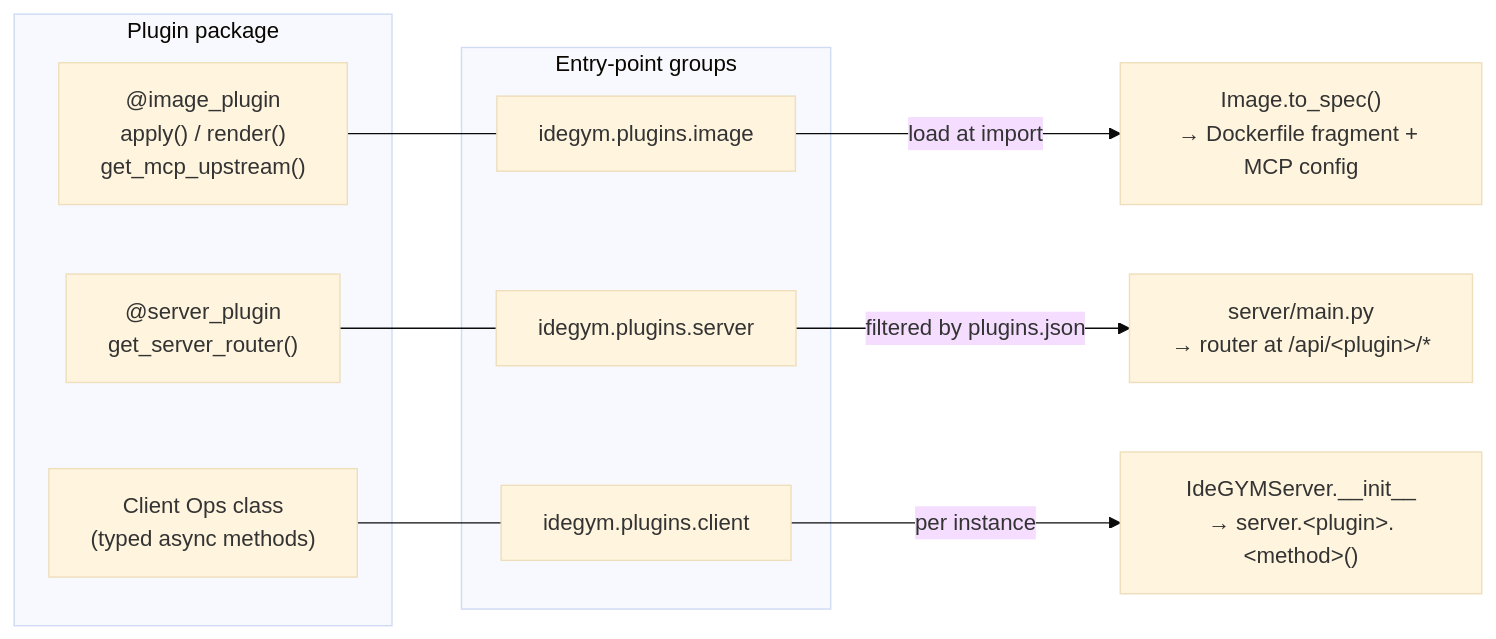
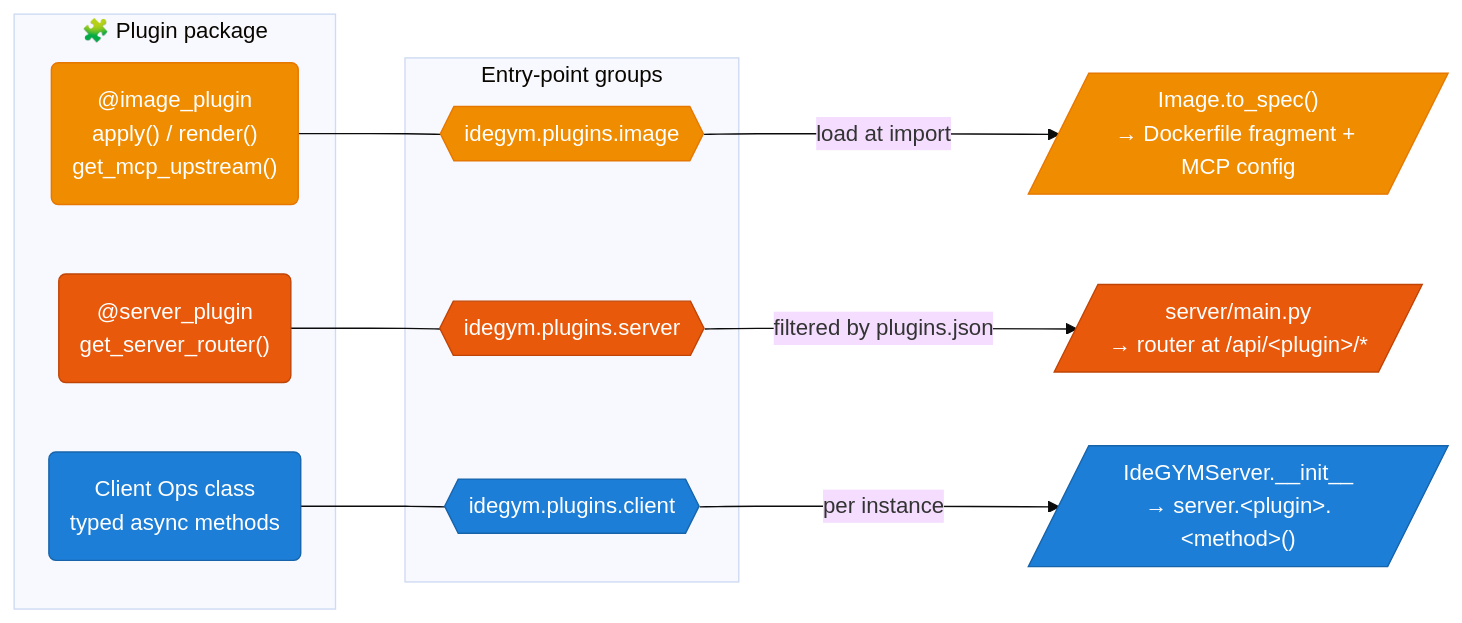
The diagram in website/docs/architecture/plugins.md (JetBrains-Research/idegym), drawn with Mermaid (base theme) before and after one commit. The commit also changed 10 other files, not shown here.

First line of the commit message:
[JBRes-9938] restyle diagrams: shapes, colors, aligned labels; no dead-click nodes

````diff
--- a/website/docs/architecture/plugins.md
+++ b/website/docs/architecture/plugins.md
@@ -16,29 +16,33 @@
 ```mermaid
 flowchart LR
-    subgraph pkg["Plugin package"]
-        imgp["@image_plugin<br/>apply() / render()<br/>get_mcp_upstream()"]
-        srvp["@server_plugin<br/>get_server_router()"]
-        cliops["Client Ops class<br/>(typed async methods)"]
+    subgraph pkg["🧩 Plugin package"]
+        imgp("@image_plugin<br/>apply() / render()<br/>get_mcp_upstream()"):::img
+        srvp("@server_plugin<br/>get_server_router()"):::srv
+        cliops("Client Ops class<br/>typed async methods"):::cli
     end
 
     subgraph eps["Entry-point groups"]
-        ep_img["idegym.plugins.image"]
-        ep_srv["idegym.plugins.server"]
-        ep_cli["idegym.plugins.client"]
+        ep_img{{"idegym.plugins.image"}}:::img
+        ep_srv{{"idegym.plugins.server"}}:::srv
+        ep_cli{{"idegym.plugins.client"}}:::cli
     end
 
     imgp --- ep_img
     srvp --- ep_srv
     cliops --- ep_cli
 
-    ep_img -->|"load at import"| toSpec["Image.to_spec()<br/>→ Dockerfile fragment + MCP config"]
-    ep_srv -->|"filtered by plugins.json"| main["server/main.py<br/>→ router at /api/&lt;plugin&gt;/*"]
-    ep_cli -->|"per instance"| cli["IdeGYMServer.__init__<br/>→ server.&lt;plugin&gt;.&lt;method&gt;()"]
+    ep_img -->|"load at import"| toSpec[/"Image.to_spec()<br/>→ Dockerfile fragment + MCP config"/]:::img
+    ep_srv -->|"filtered by plugins.json"| main[/"server/main.py<br/>→ router at /api/&lt;plugin&gt;/*"/]:::srv
+    ep_cli -->|"per instance"| cli[/"IdeGYMServer.__init__<br/>→ server.&lt;plugin&gt;.&lt;method&gt;()"/]:::cli
+
+    classDef img fill:#f08c00,stroke:#e67700,color:#fff;
+    classDef srv fill:#e8590c,stroke:#c04405,color:#fff;
+    classDef cli fill:#1c7ed6,stroke:#1864ab,color:#fff;
 
     click imgp "https://github.com/JetBrains-Research/idegym/blob/main/api/src/idegym/api/plugin.py" "PluginBase / @image_plugin source"
     click srvp "https://github.com/JetBrains-Research/idegym/blob/main/api/src/idegym/api/plugin.py" "@server_plugin source"
     click toSpec "https://github.com/JetBrains-Research/idegym/blob/main/image-builder/src/idegym/image/builder.py" "Image.to_spec() source"
     click main "https://github.com/JetBrains-Research/idegym/blob/main/server/main.py" "server/main.py source"
     click cli "https://github.com/JetBrains-Research/idegym/blob/main/client/src/idegym/client/server.py" "IdeGYMServer source"
     click cliops "https://github.com/JetBrains-Research/idegym/blob/main/plugins/pycharm/src/idegym/plugins/pycharm/client.py" "PyCharm client ops source"
 ```
````
